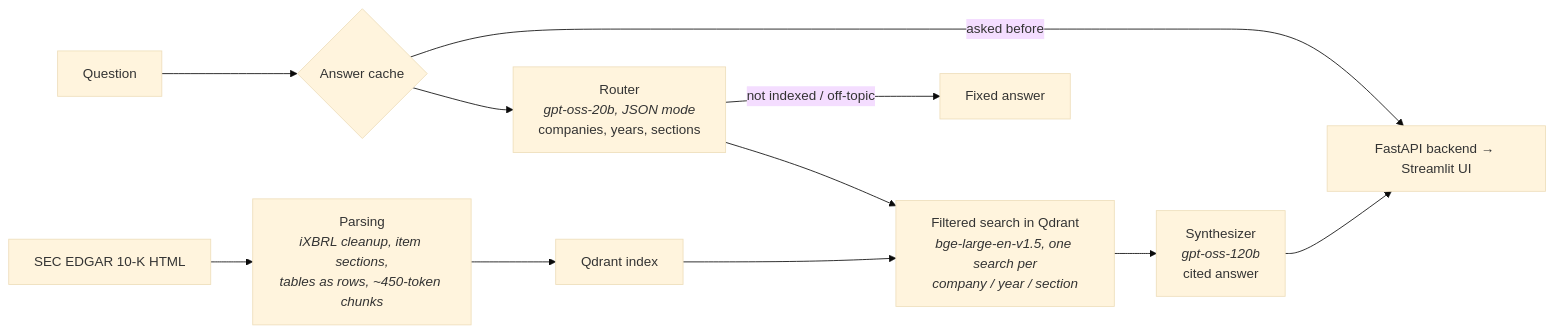
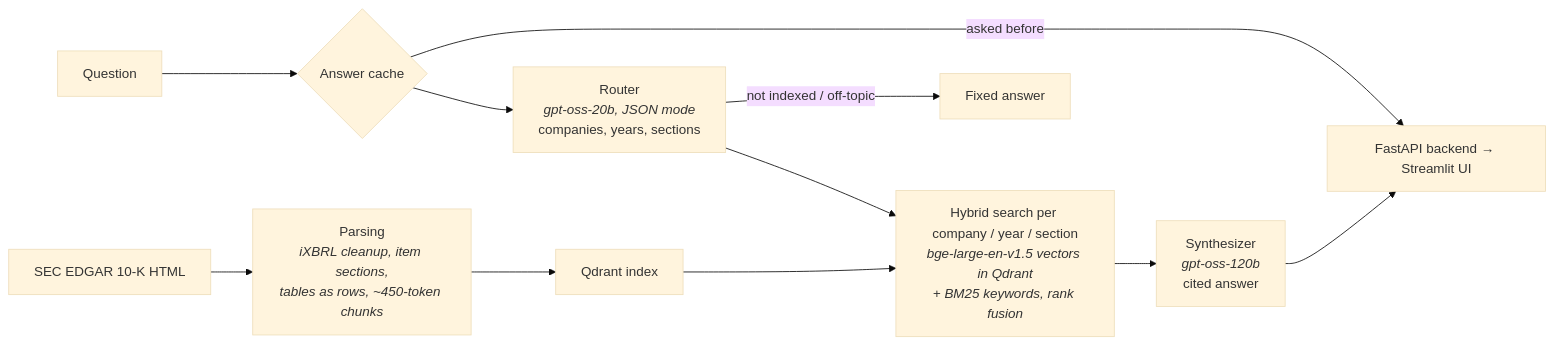
The diagram in README.md (AyhanMeherrem/Multi-Agent-Financial-Rag-System), drawn with Mermaid (base theme) before and after one commit. The commit also changed other lines of this file and 2 other files, not shown here.

Commit message:
Update README with hybrid search results and measured cost

````diff
--- a/README.md
+++ b/README.md
@@ -44,12 +44,12 @@
 ```mermaid
 flowchart LR
     Q["Question"] --> C{"Answer cache"}
     C -->|"asked before"| U
     C --> R["Router<br/><i>gpt-oss-20b, JSON mode</i><br/>companies, years, sections"]
     R -->|"not indexed / off-topic"| X["Fixed answer"]
-    R --> S["Filtered search in Qdrant<br/><i>bge-large-en-v1.5, one search per<br/>company / year / section</i>"]
+    R --> S["Hybrid search per company / year / section<br/><i>bge-large-en-v1.5 vectors in Qdrant<br/>+ BM25 keywords, rank fusion</i>"]
     S --> A["Synthesizer<br/><i>gpt-oss-120b</i><br/>cited answer"]
     A --> U["FastAPI backend → Streamlit UI"]
     F["SEC EDGAR 10-K HTML"] --> P["Parsing<br/><i>iXBRL cleanup, item sections,<br/>tables as rows, ~450-token chunks</i>"] --> I["Qdrant index"]
     I --> S
 ```
````
